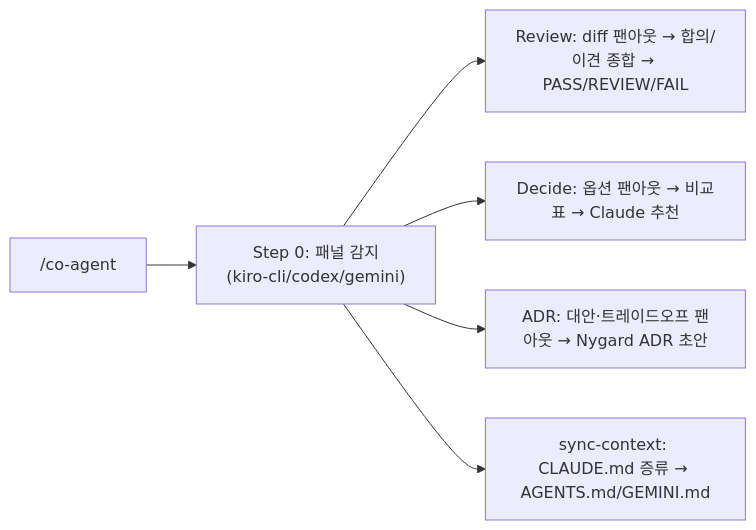
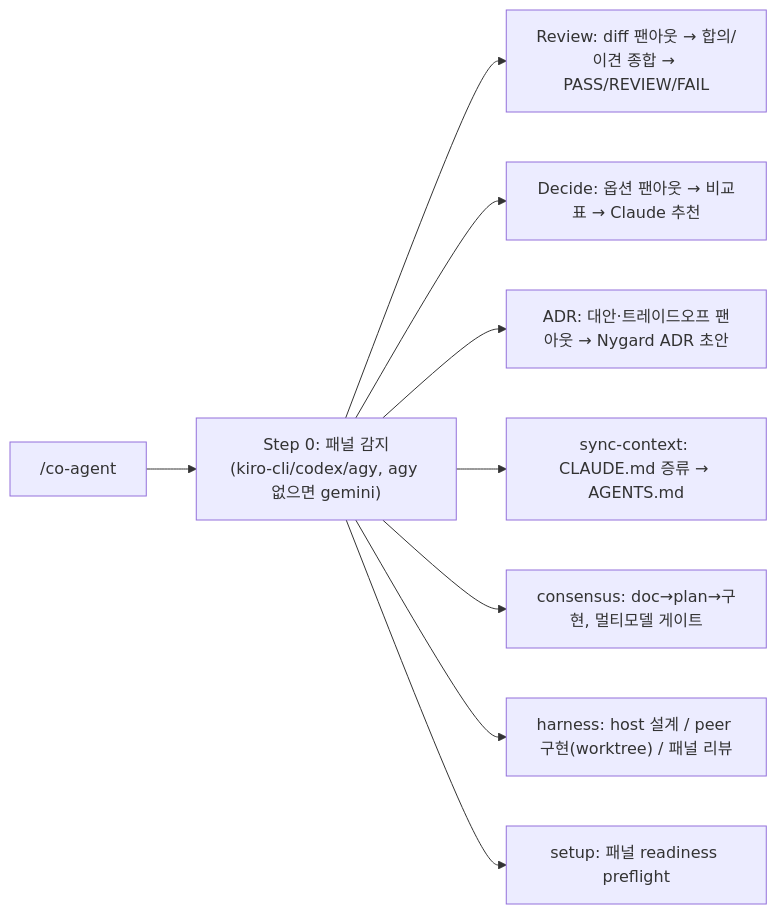
Before and after one commit to Atom-oh/oh-my-cloud-skills: the diagram in doc-sites/docs/co-agent/overview.md, drawn with Mermaid. The commit also changed other lines of this file and 9 other files, not shown here.

First line of the commit message:
docs(doc-sites): sync co-agent and aws-content-plugin pages with current plugins

````diff
--- a/doc-sites/docs/co-agent/overview.md
+++ b/doc-sites/docs/co-agent/overview.md
@@ -43,8 +47,11 @@
 ```mermaid
 flowchart LR
-    A["/co-agent"] --> P["Step 0: 패널 감지<br/>(kiro-cli/codex/gemini)"]
+    A["/co-agent"] --> P["Step 0: 패널 감지<br/>(kiro-cli/codex/agy, agy 없으면 gemini)"]
     P --> R["Review: diff 팬아웃 → 합의/이견 종합 → PASS/REVIEW/FAIL"]
     P --> D["Decide: 옵션 팬아웃 → 비교표 → Claude 추천"]
     P --> ADR["ADR: 대안·트레이드오프 팬아웃 → Nygard ADR 초안"]
-    P --> S["sync-context: CLAUDE.md 증류 → AGENTS.md/GEMINI.md"]
+    P --> S["sync-context: CLAUDE.md 증류 → AGENTS.md"]
+    P --> C["consensus: doc→plan→구현, 멀티모델 게이트"]
+    P --> H["harness: host 설계 / peer 구현(worktree) / 패널 리뷰"]
+    P --> U["setup: 패널 readiness preflight"]
 ```
````
